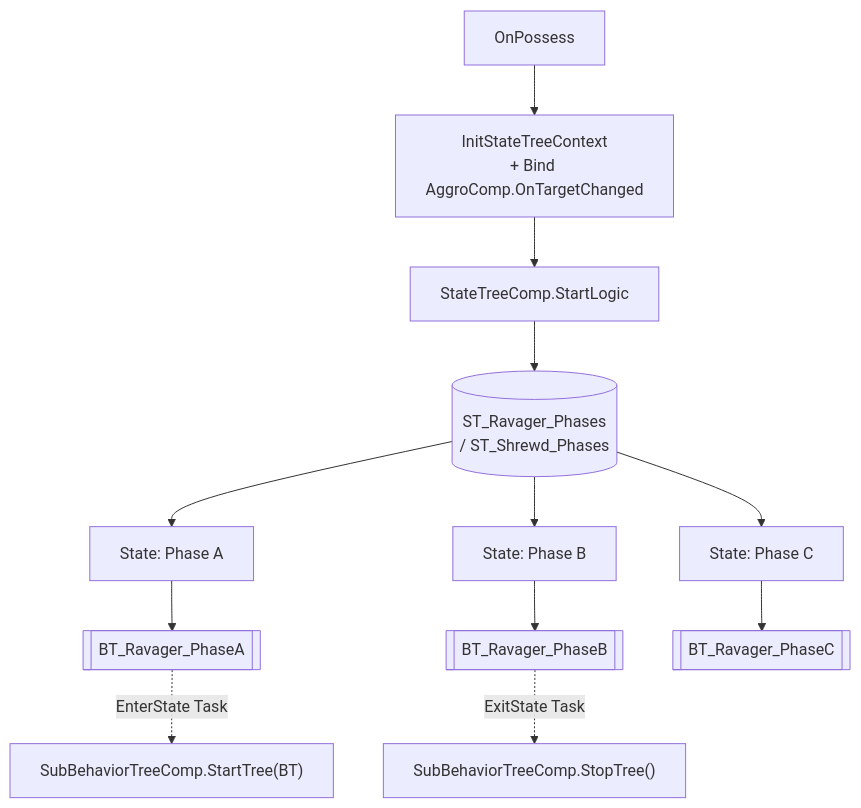
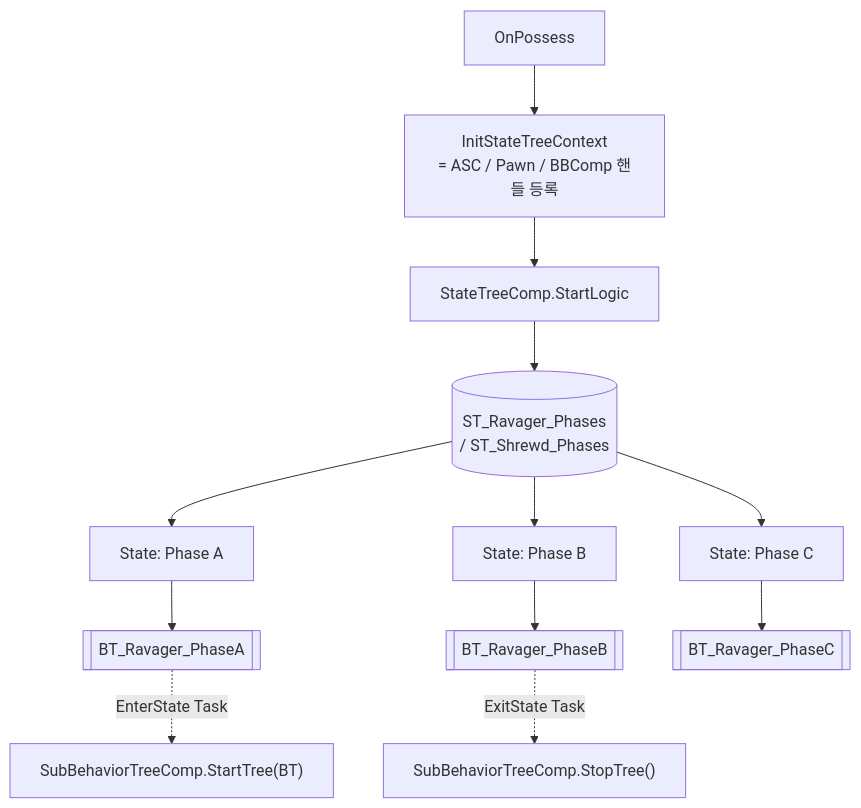
Before and after one commit to seongwon1579/ProjectBlackout: the third of 3 diagrams in Docs/AI_Boss/02_AI_Controllers.md, drawn with Mermaid. The commit also changed other lines of this file and 7 other files, not shown here.

````diff
--- a/Docs/AI_Boss/02_AI_Controllers.md
+++ b/Docs/AI_Boss/02_AI_Controllers.md
@@ -69,14 +68,14 @@
 ```mermaid
 flowchart TB
-    Possess[OnPossess] --> InitBoss[InitStateTreeContext<br/>+ Bind AggroComp.OnTargetChanged]
+    Possess[OnPossess] --> InitBoss[InitStateTreeContext<br/>= ASC / Pawn / BBComp 핸들 등록]
     InitBoss --> StartST[StateTreeComp.StartLogic]
     StartST --> BossST[(ST_Ravager_Phases<br/>/ ST_Shrewd_Phases)]
     BossST --> PhaseA[State: Phase A]
     BossST --> PhaseB[State: Phase B]
     BossST --> PhaseC[State: Phase C]
     PhaseA --> SubBT_A[[BT_Ravager_PhaseA]]
     PhaseB --> SubBT_B[[BT_Ravager_PhaseB]]
     PhaseC --> SubBT_C[[BT_Ravager_PhaseC]]
     SubBT_A -. EnterState Task .-> RunBT["SubBehaviorTreeComp.StartTree(BT)"]
     SubBT_B -. ExitState Task .-> StopBT["SubBehaviorTreeComp.StopTree()"]
 ```
````
